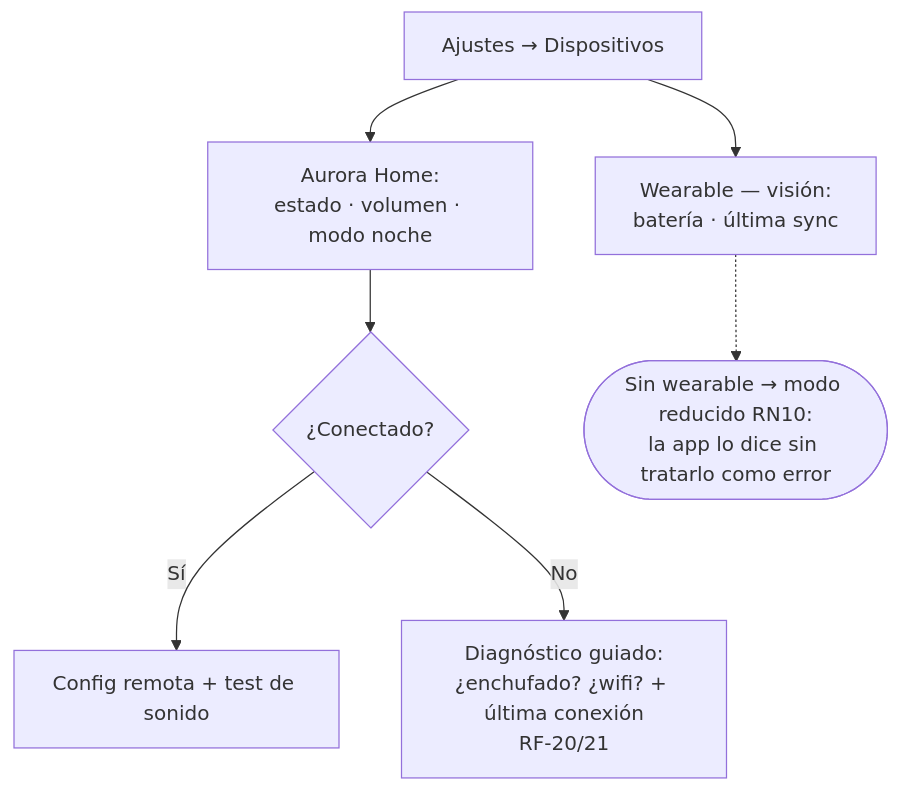
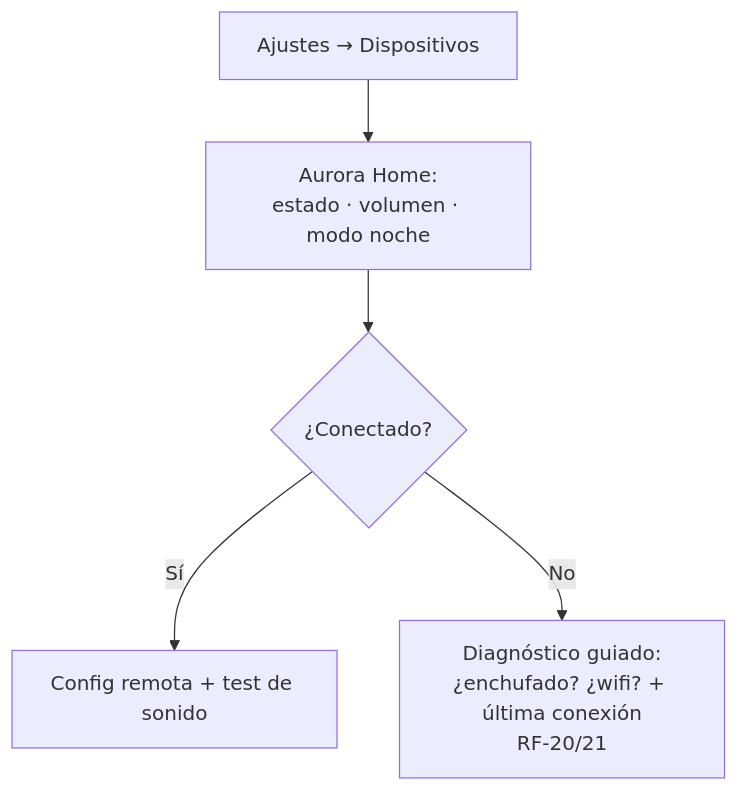
The seventh of 9 diagrams in Document Hub/Diseño UX-UI/User Flows.md (NicolasRodeyro/ObsidianAurora), drawn with Mermaid before and after one commit. The commit also changed 8 other files, not shown here.

````diff
--- a/Document Hub/Diseño UX-UI/User Flows.md
+++ b/Document Hub/Diseño UX-UI/User Flows.md
@@ -123,9 +123,7 @@
 ```mermaid
 flowchart TD
     A[Ajustes → Dispositivos] --> B[Aurora Home:<br/>estado · volumen · modo noche]
     B --> C{¿Conectado?}
     C -- Sí --> D[Config remota + test de sonido]
     C -- No --> E[Diagnóstico guiado:<br/>¿enchufado? ¿wifi? + última conexión<br/>RF-20/21]
-    A --> F[Wearable — visión:<br/>batería · última sync]
-    F -.-> G([Sin wearable → modo reducido RN10:<br/>la app lo dice sin tratarlo como error])
 ```
````
